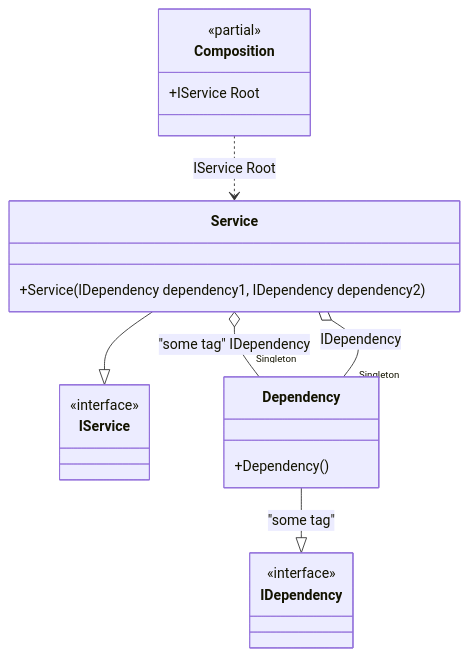
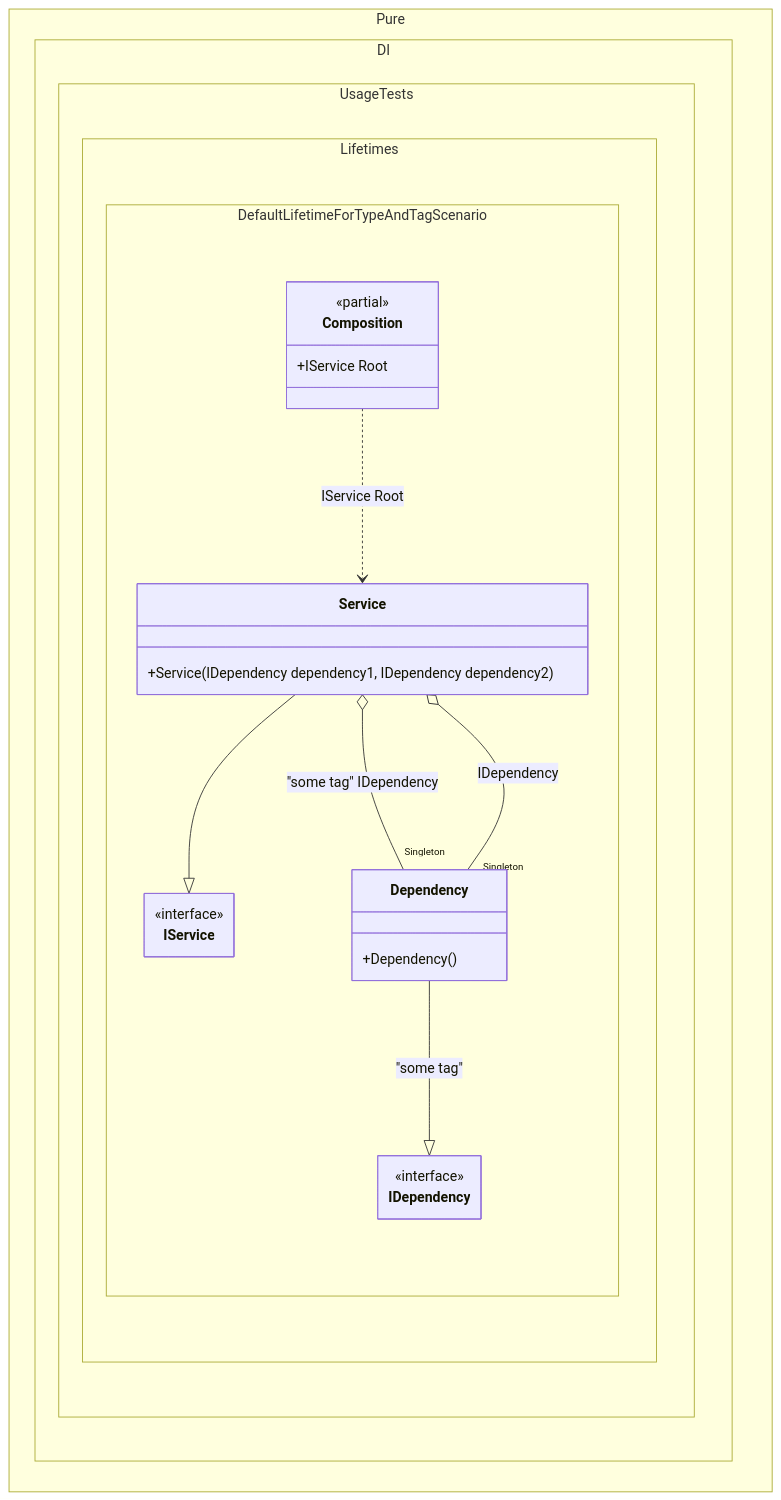
Before and after one commit to DevTeam/Pure.DI: the diagram in readme/default-lifetime-for-a-type-and-a-tag.md, drawn with Mermaid. The commit also changed 103 other files, not shown here.

Commit message:
Improved class diagrams

````diff
--- a/readme/default-lifetime-for-a-type-and-a-tag.md
+++ b/readme/default-lifetime-for-a-type-and-a-tag.md
@@ -107,24 +107,31 @@
 ```mermaid
+---
+ config:
+  class:
+   hideEmptyMembersBox: true
+---
 classDiagram
-	class Composition {
-		<<partial>>
-		+IService Root
-	}
 	Service --|> IService
-	class Service {
-		+Service(IDependency dependency1, IDependency dependency2)
-	}
 	Dependency --|> IDependency : "some tag" 
-	class Dependency {
-		+Dependency()
-	}
-	class IService {
-		<<interface>>
-	}
-	class IDependency {
-		<<interface>>
-	}
 	Composition ..> Service : IService Root
 	Service o-- "Singleton" Dependency : "some tag"  IDependency
 	Service o-- "Singleton" Dependency : IDependency
+	namespace Pure.DI.UsageTests.Lifetimes.DefaultLifetimeForTypeAndTagScenario {
+		class Composition {
+		<<partial>>
+		+IService Root
+		}
+		class Dependency {
+			+Dependency()
+		}
+		class IDependency {
+			<<interface>>
+		}
+		class IService {
+			<<interface>>
+		}
+		class Service {
+			+Service(IDependency dependency1, IDependency dependency2)
+		}
+	}
 ```
````
